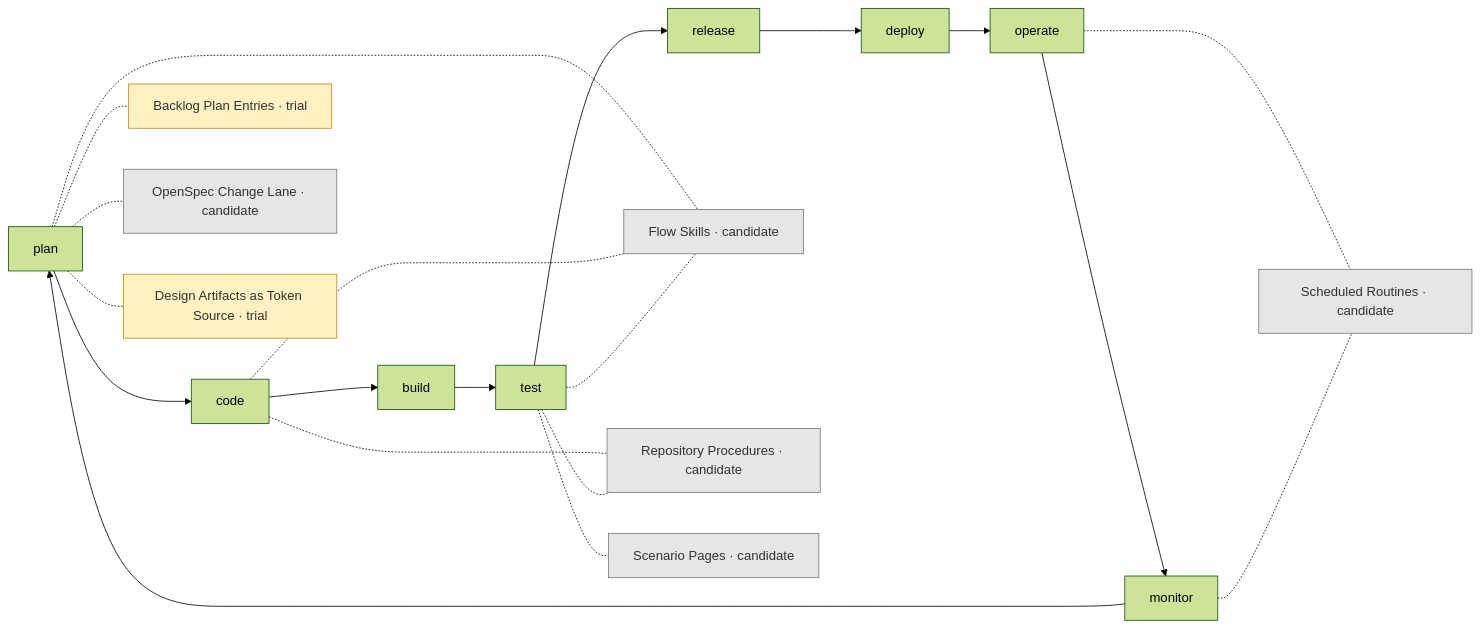
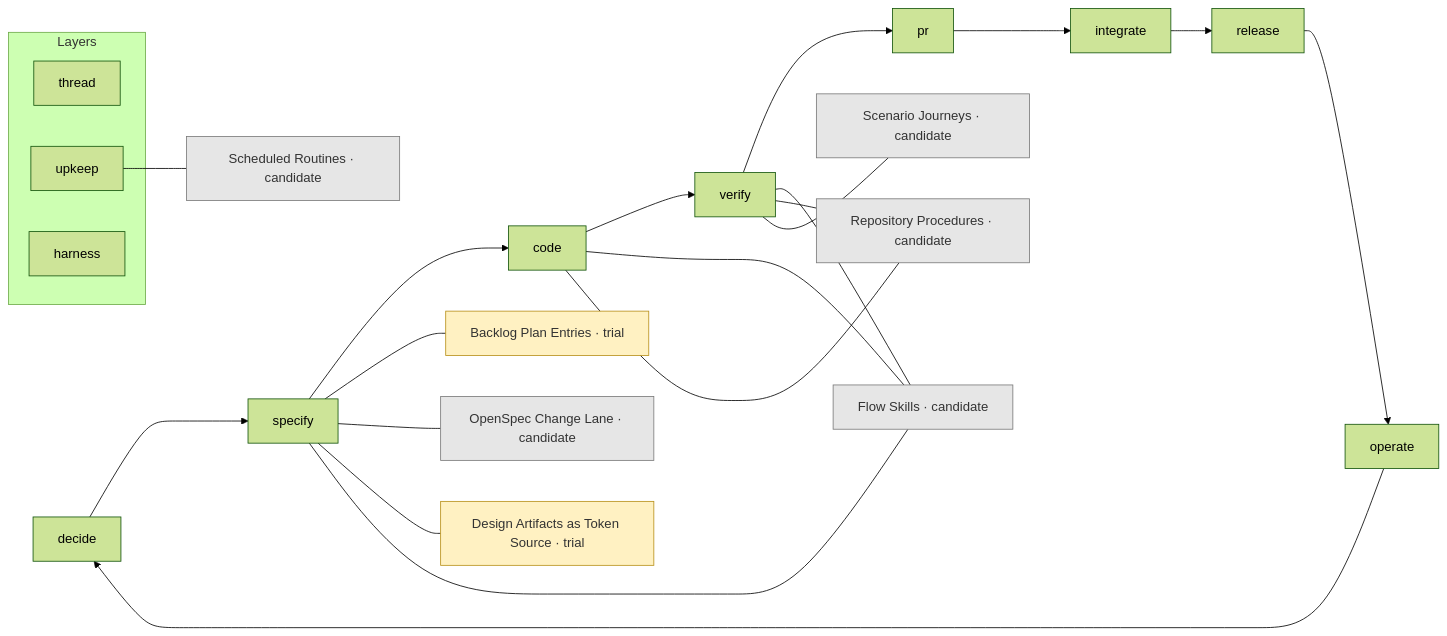
Before and after one commit to JSdotNet/finance: the diagram in .devbook/ai/adoption-map.md, drawn with Mermaid (forest theme). The commit also changed other lines of this file and 3 other files, not shown here.

````diff
--- a/.devbook/ai/adoption-map.md
+++ b/.devbook/ai/adoption-map.md
@@ -24,26 +24,34 @@
 ```mermaid
-flowchart LR
-  plan --> code --> build --> test --> release --> deploy --> operate --> monitor --> plan
+graph LR
+  decide --> specify --> code --> verify --> pr --> integrate --> release --> operate
+  operate --> decide
+  subgraph layers["Layers"]
+    thread
+    upkeep
+    harness
+  end
   plans["Backlog Plan Entries · trial"]
   lane["OpenSpec Change Lane · candidate"]
   tokens["Design Artifacts as Token Source · trial"]
   flows["Flow Skills · candidate"]
   procs["Repository Procedures · candidate"]
-  scenarios["Scenario Pages · candidate"]
+  journeys["Scenario Journeys · candidate"]
   routines["Scheduled Routines · candidate"]
-  plan -.- plans
-  plan -.- lane
-  plan -.- tokens
-  plan -.- flows
-  code -.- flows
-  test -.- flows
-  code -.- procs
-  test -.- procs
-  test -.- scenarios
-  operate -.- routines
-  monitor -.- routines
+  specify --- plans
+  specify --- lane
+  specify --- tokens
+  specify --- flows
+  code --- flows
+  verify --- flows
+  code --- procs
+  verify --- procs
+  verify --- journeys
+  upkeep --- routines
   classDef candidate fill:#e6e6e6,stroke:#7a7a7a,color:#333;
   classDef trial fill:#fff1c2,stroke:#b8901a,color:#333;
-  class lane,flows,procs,scenarios,routines candidate;
+  classDef adopted fill:#cfeccf,stroke:#3d8b3d,color:#333;
+  classDef hold fill:#fde0c2,stroke:#b8701a,color:#333;
+  classDef retired fill:#f3d1d1,stroke:#a33,color:#333;
+  class lane,flows,procs,journeys,routines candidate;
   class plans,tokens trial;
 ```
````
